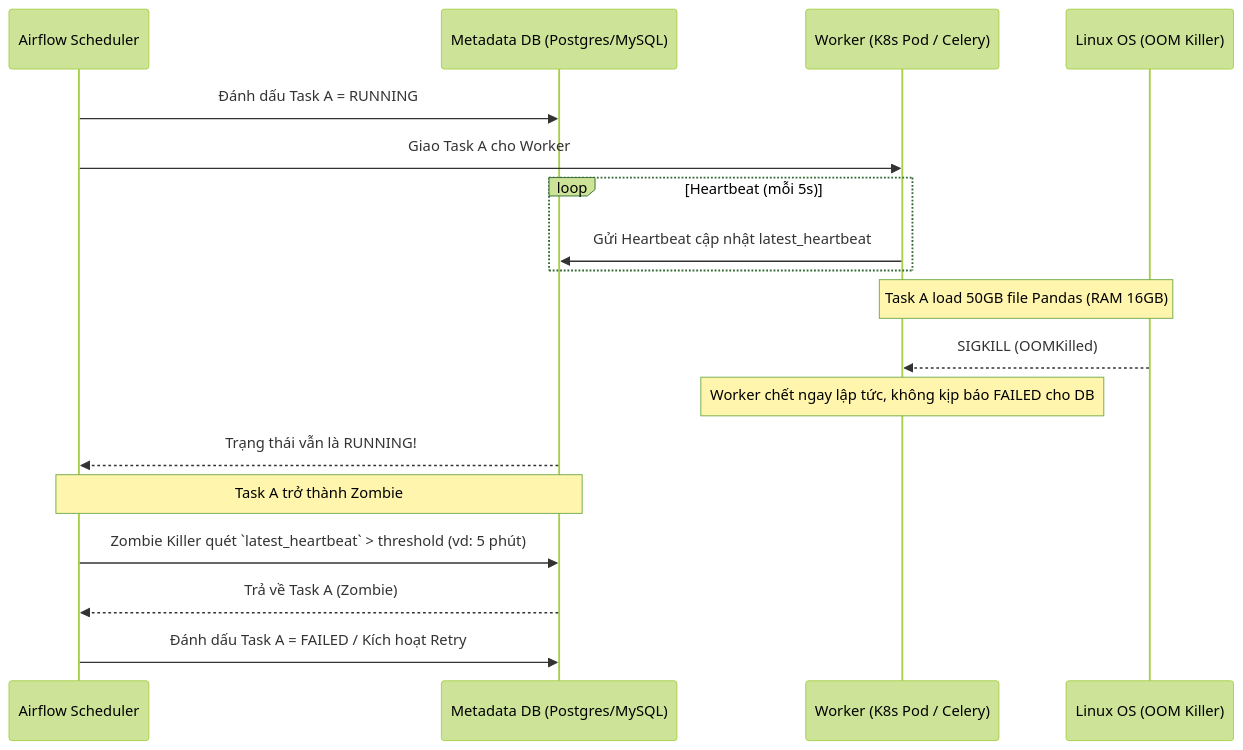
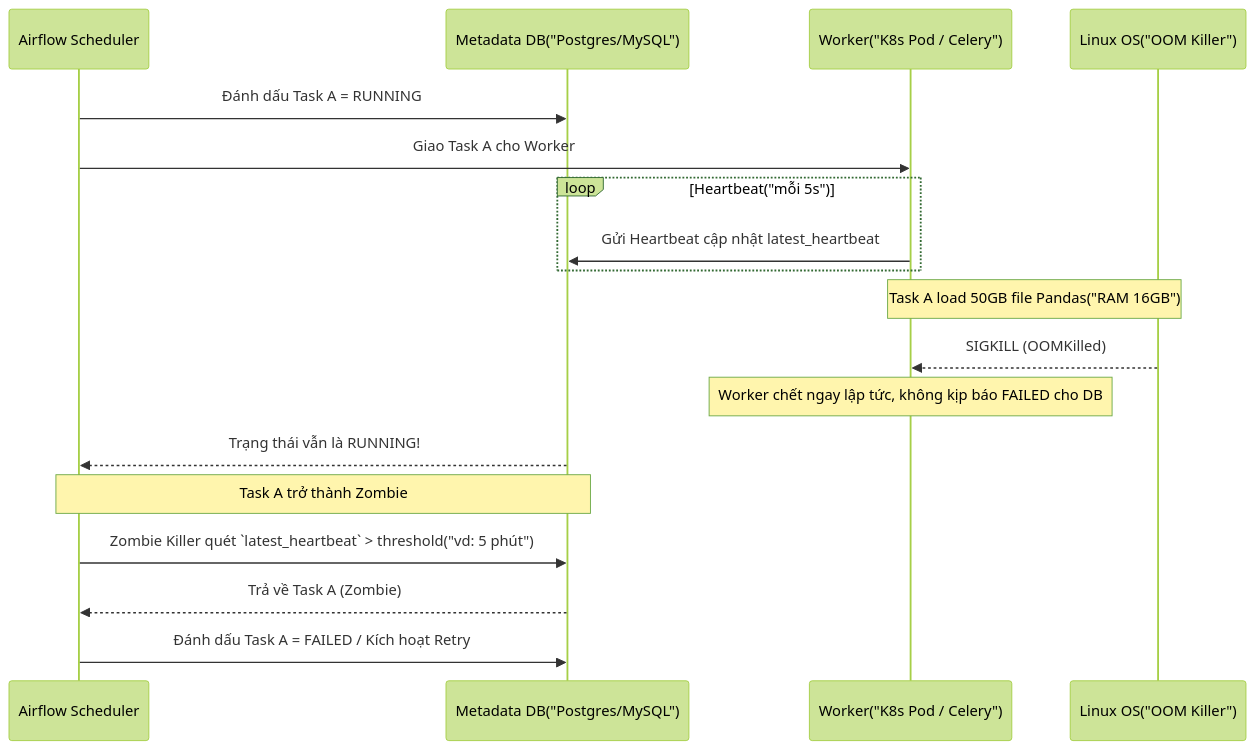
The first of 2 diagrams in src/content/docs/concepts/7-dataops-orchestration-quality/airflow-zombie-tasks.md (kythuatdulieu/kythuatdulieu.github.io), drawn with Mermaid (forest theme) before and after one commit. The commit also changed other lines of this file and 190 other files, not shown here.

Commit message:
fix: resolve mermaid syntax, math rendering, and metadata issues from content rewrite

````diff
--- a/src/content/docs/concepts/7-dataops-orchestration-quality/airflow-zombie-tasks.md
+++ b/src/content/docs/concepts/7-dataops-orchestration-quality/airflow-zombie-tasks.md
@@ -19,21 +19,21 @@
 ```mermaid
 sequenceDiagram
     participant S as Airflow Scheduler
-    participant DB as Metadata DB (Postgres/MySQL)
-    participant W as Worker (K8s Pod / Celery)
-    participant OS as Linux OS (OOM Killer)
+    participant DB as Metadata DB("Postgres/MySQL")
+    participant W as Worker("K8s Pod / Celery")
+    participant OS as Linux OS("OOM Killer")
 
     S->>DB: Đánh dấu Task A = RUNNING
     S->>W: Giao Task A cho Worker
-    loop Heartbeat (mỗi 5s)
+    loop Heartbeat("mỗi 5s")
         W->>DB: Gửi Heartbeat cập nhật latest_heartbeat
     end
-    Note over W,OS: Task A load 50GB file Pandas (RAM 16GB)
+    Note over W,OS: Task A load 50GB file Pandas("RAM 16GB")
     OS-->>W: SIGKILL (OOMKilled)
     Note over W: Worker chết ngay lập tức, không kịp báo FAILED cho DB
     DB-->>S: Trạng thái vẫn là RUNNING!
     Note over S,DB: Task A trở thành Zombie
-    S->>DB: Zombie Killer quét `latest_heartbeat` > threshold (vd: 5 phút)
+    S->>DB: Zombie Killer quét `latest_heartbeat` > threshold("vd: 5 phút")
     DB-->>S: Trả về Task A (Zombie)
     S->>DB: Đánh dấu Task A = FAILED / Kích hoạt Retry
 ```
````
